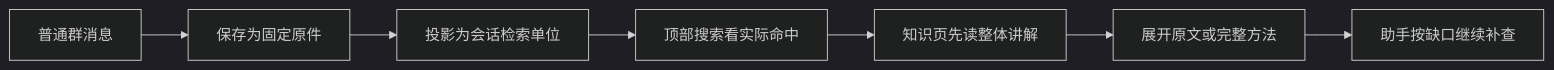
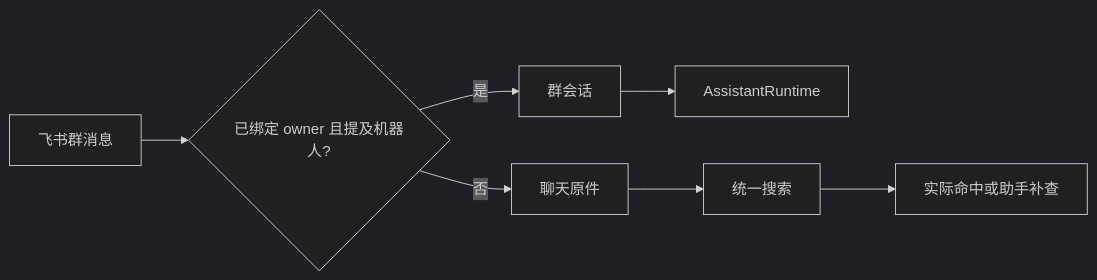
Before and after one commit to lejunyang/omem: the diagram in .repo-review/knowledge/articles/c7ef9ab86227b21952d1f3567bf0ff43a7d5e858dd8fb114a0775b4a78d08de5.md, drawn with Mermaid (dark theme). The commit also changed other lines of this file and 23 other files, not shown here.

```diff
--- a/.repo-review/knowledge/articles/c7ef9ab86227b21952d1f3567bf0ff43a7d5e858dd8fb114a0775b4a78d08de5.md
+++ b/.repo-review/knowledge/articles/c7ef9ab86227b21952d1f3567bf0ff43a7d5e858dd8fb114a0775b4a78d08de5.md
@@ -12,9 +12,9 @@
 ~~~mermaid
 flowchart LR
-  A[普通群消息] --> B[保存为固定原件]
-  B --> C[投影为会话检索单位]
-  C --> D[顶部搜索看实际命中]
-  D --> E[知识页先读整体讲解]
-  E --> F[展开原文或完整方法]
-  F --> G[助手按缺口继续补查]
+  A[飞书群消息] --> B{已绑定 owner 且提及机器人?}
+  B -->|是| C[群会话]
+  C --> D[AssistantRuntime]
+  B -->|否| E[聊天原件]
+  E --> F[统一搜索]
+  F --> G[实际命中或助手补查]
 ~~~
```
